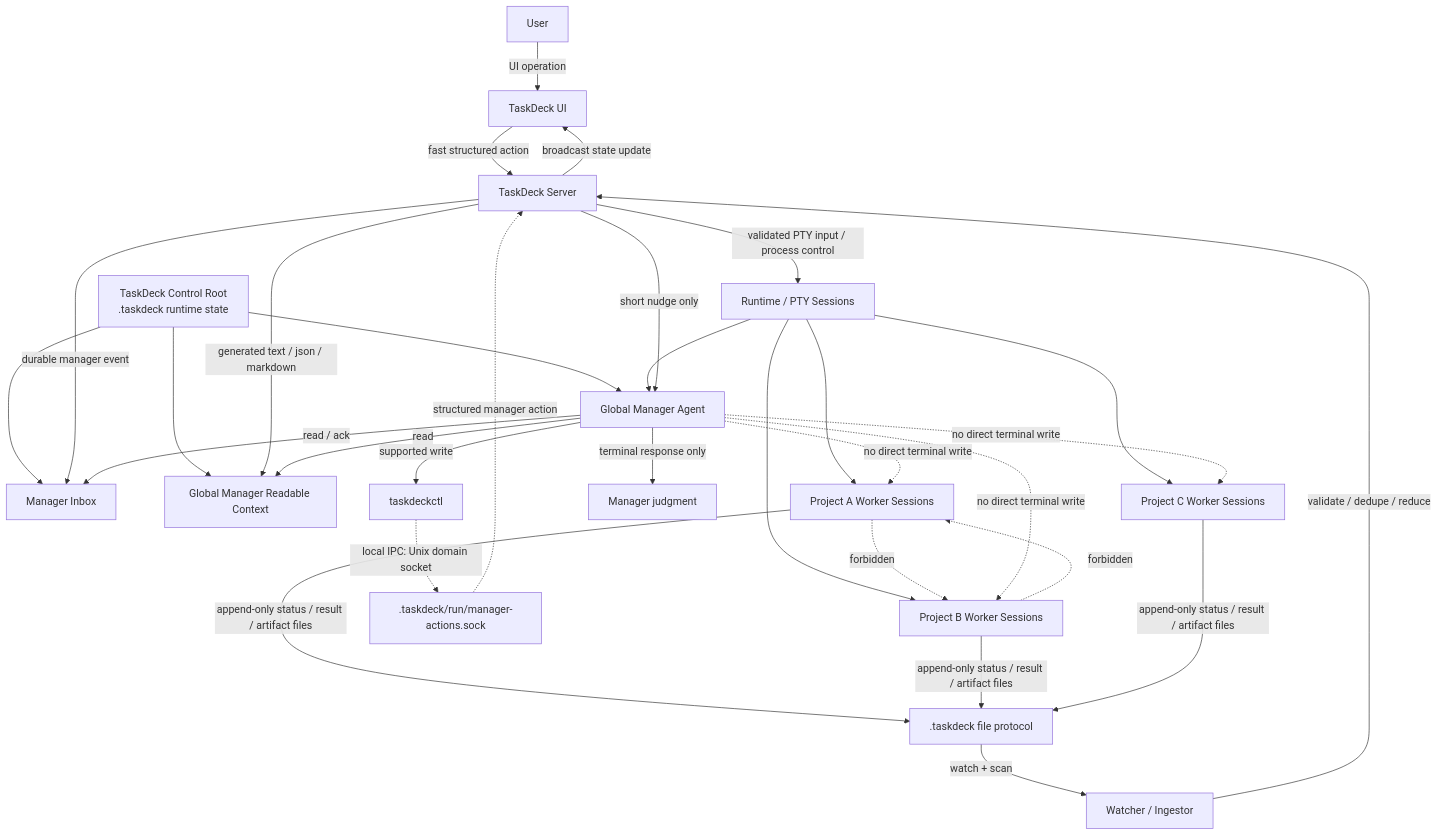
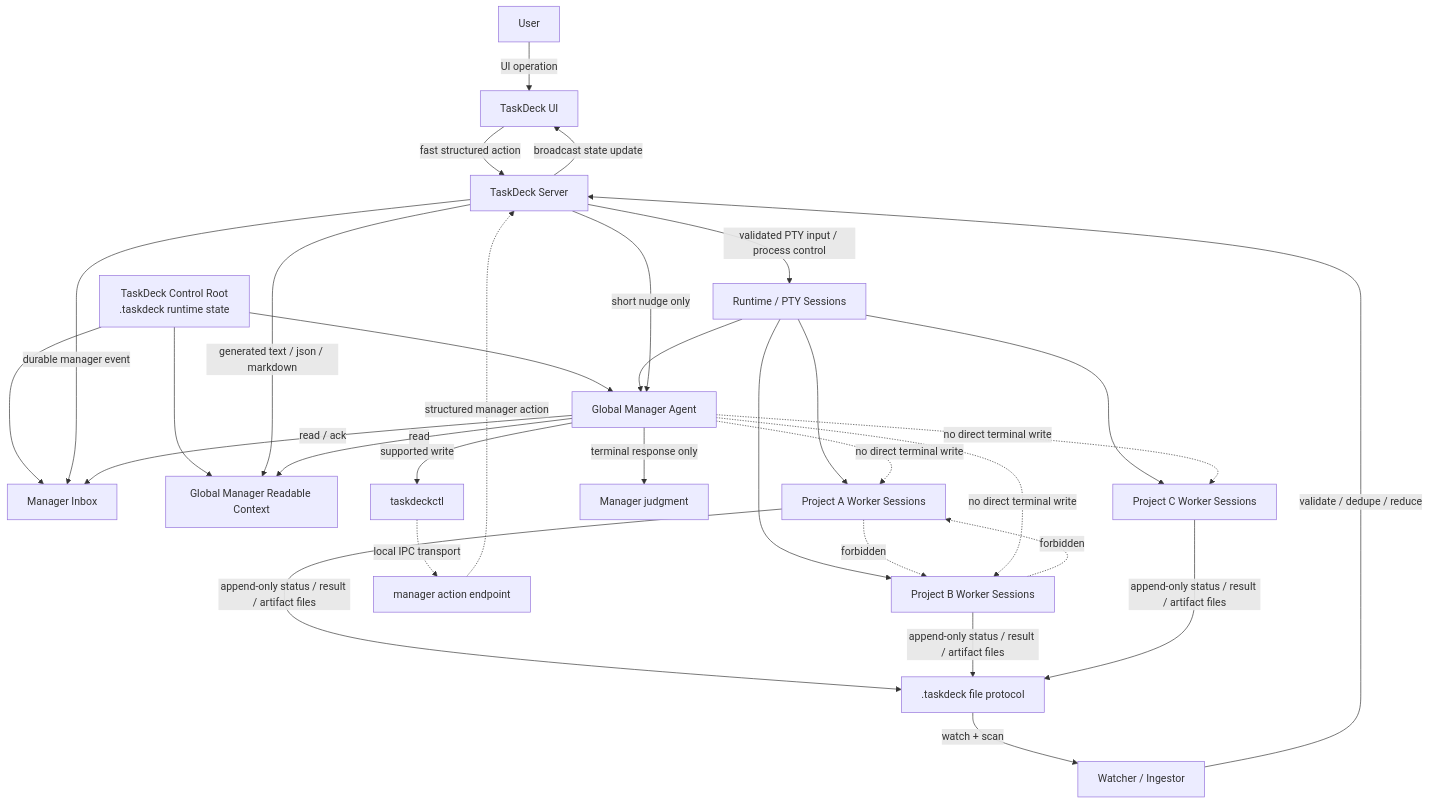
One commit to hayashikentaro/task-deck changed the diagram in docs/taskdeck-actor-protocol.md. Above: the diagram before and after it, drawn with Mermaid. The commit also changed other lines of this file and 3 other files, not shown here.

Commit message:
Add manager action TCP fallback

````diff
--- a/docs/taskdeck-actor-protocol.md
+++ b/docs/taskdeck-actor-protocol.md
@@ -47,42 +47,42 @@
 ```mermaid
 flowchart TD
   User[User] -->|UI operation| UI[TaskDeck UI]
   UI -->|fast structured action| Server[TaskDeck Server]
 
   ControlRoot[TaskDeck Control Root<br/>.taskdeck runtime state] --> ManagerInbox[Manager Inbox]
   ControlRoot --> ReadModel[Global Manager Readable Context]
   ControlRoot --> Manager[Global Manager Agent]
 
   Server -->|validated PTY input / process control| Runtime[Runtime / PTY Sessions]
   Runtime --> ProjectA[Project A Worker Sessions]
   Runtime --> ProjectB[Project B Worker Sessions]
   Runtime --> ProjectC[Project C Worker Sessions]
   Runtime --> Manager
 
   ProjectA -->|append-only status / result / artifact files| Files[.taskdeck file protocol]
   ProjectB -->|append-only status / result / artifact files| Files
   ProjectC -->|append-only status / result / artifact files| Files
 
   Files -->|watch + scan| Ingest[Watcher / Ingestor]
   Ingest -->|validate / dedupe / reduce| Server
 
   Server -->|generated text / json / markdown| ReadModel
   Server -->|durable manager event| ManagerInbox
   Server -->|short nudge only| Manager
 
   Manager -->|read| ReadModel
   Manager -->|read / ack| ManagerInbox
   Manager -->|terminal response only| ManagerOutput[Manager judgment]
 
   Manager -->|supported write| Taskdeckctl[taskdeckctl]
-  Taskdeckctl -. local IPC: Unix domain socket .-> Socket[.taskdeck/run/manager-actions.sock]
-  Socket -. structured manager action .-> Server
+  Taskdeckctl -. local IPC transport .-> ManagerActionEndpoint[manager action endpoint]
+  ManagerActionEndpoint -. structured manager action .-> Server
 
   Server -->|broadcast state update| UI
 
   ProjectA -. forbidden .-> ProjectB
   ProjectB -. forbidden .-> ProjectA
   Manager -. no direct terminal write .-> ProjectA
   Manager -. no direct terminal write .-> ProjectB
   Manager -. no direct terminal write .-> ProjectC
 ```
````
